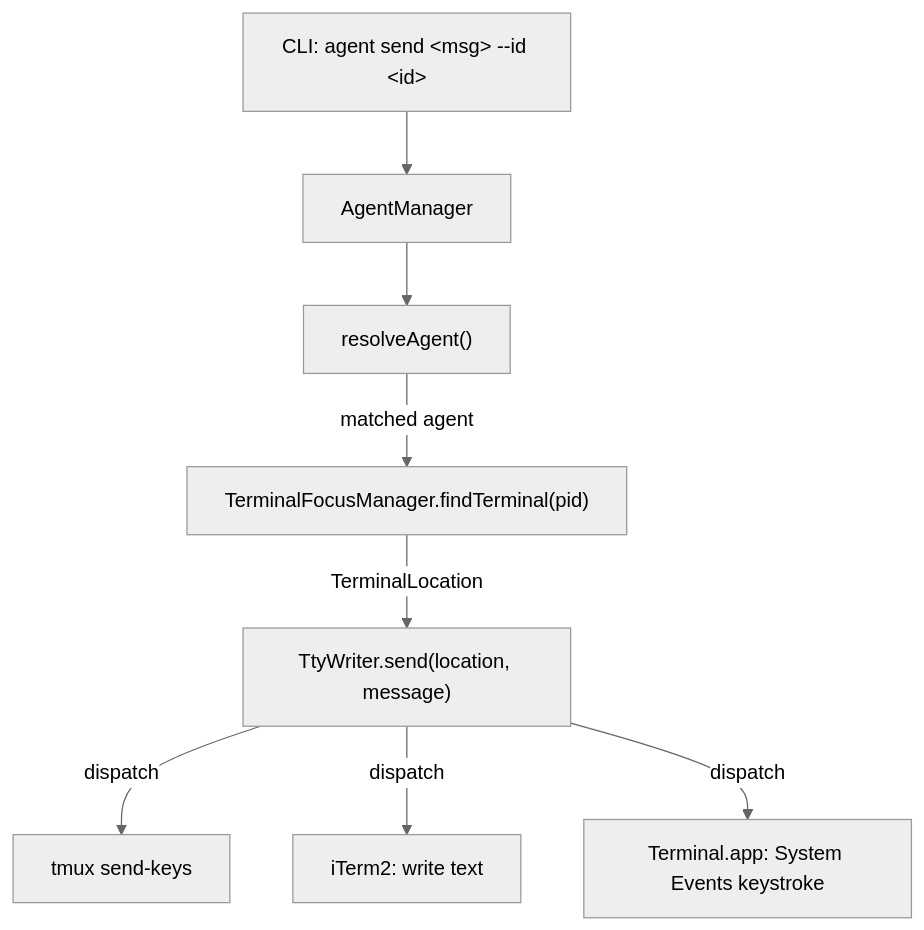
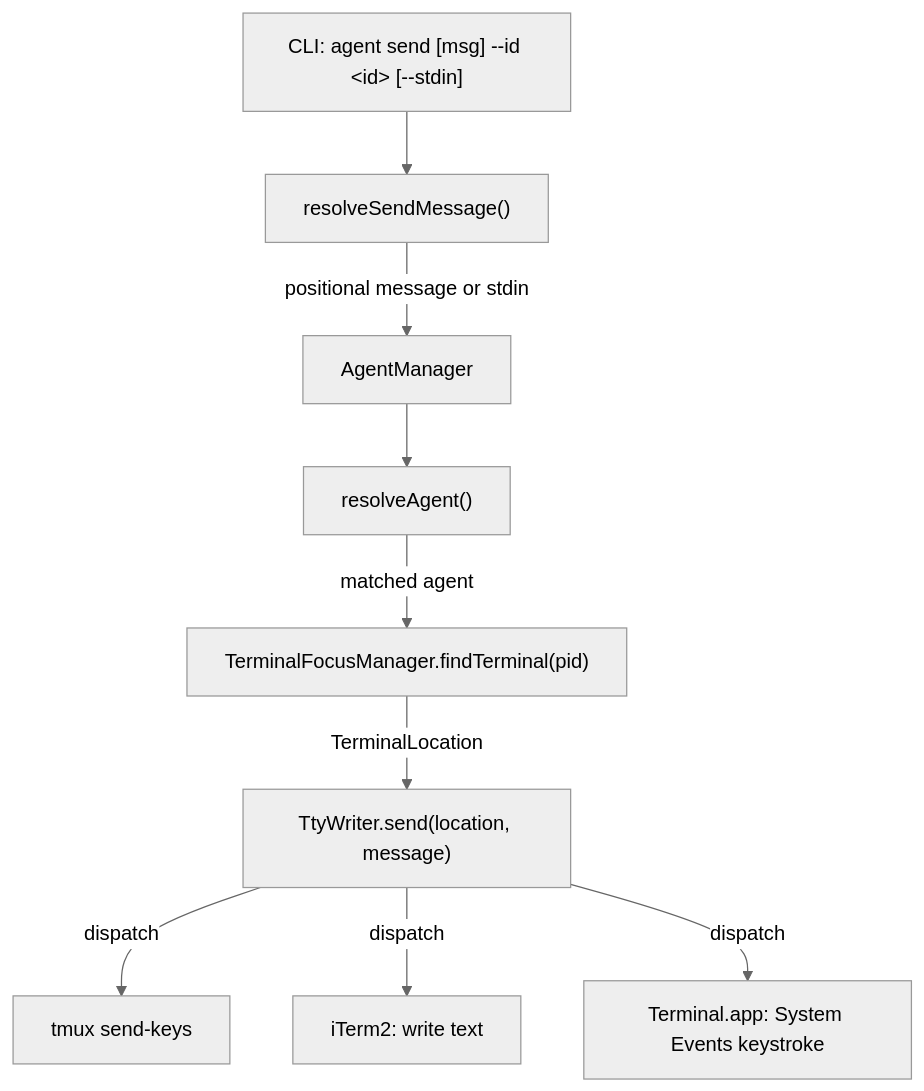
One commit to codeaholicguy/ai-devkit changed the diagram in docs/ai/design/feature-agent-send.md. Above: the diagram before and after it, drawn with Mermaid (neutral theme). The commit also changed other lines of this file and 8 other files, not shown here.

Commit message:
feat(cli): add stdin support to agent send wait

````diff
--- a/docs/ai/design/feature-agent-send.md
+++ b/docs/ai/design/feature-agent-send.md
@@ -11,16 +11,18 @@
 ```mermaid
 graph TD
-    CLI["CLI: agent send &lt;msg&gt; --id &lt;id&gt;"]
+    CLI["CLI: agent send [msg] --id &lt;id&gt; [--stdin]"]
+    Input["resolveSendMessage()"]
     AM[AgentManager]
     Resolve["resolveAgent()"]
     Find["TerminalFocusManager.findTerminal(pid)"]
     Writer["TtyWriter.send(location, message)"]
 
-    CLI --> AM
+    CLI --> Input
+    Input -->|positional message or stdin| AM
     AM --> Resolve
     Resolve -->|matched agent| Find
     Find -->|TerminalLocation| Writer
     Writer -->|dispatch| Tmux["tmux send-keys"]
     Writer -->|dispatch| ITerm["iTerm2: write text"]
     Writer -->|dispatch| TermApp["Terminal.app: System Events keystroke"]
 ```
````
